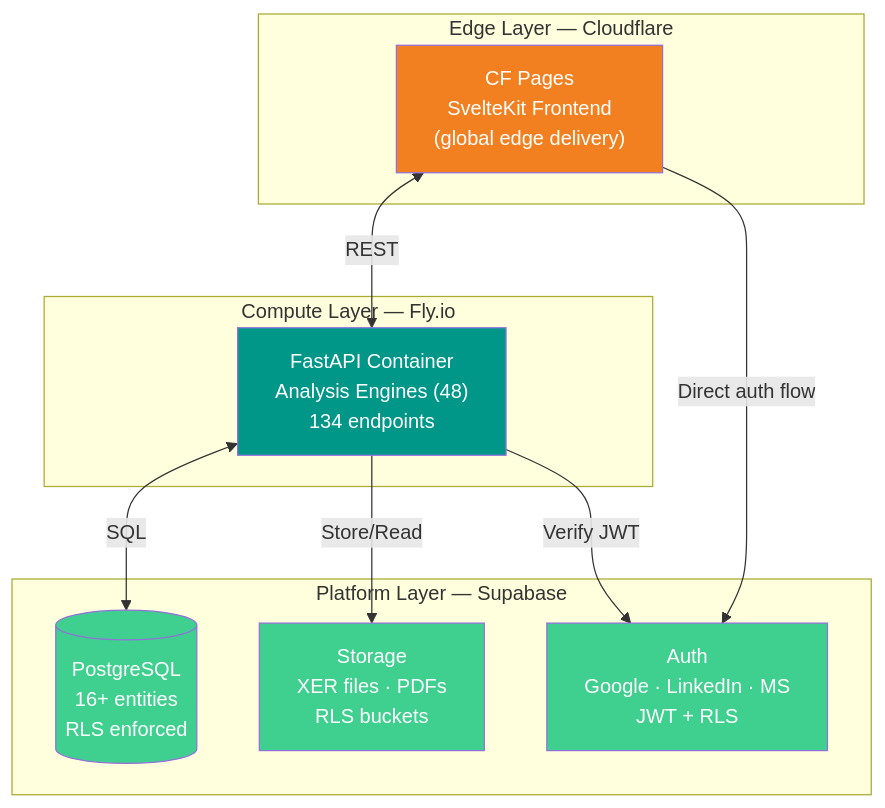
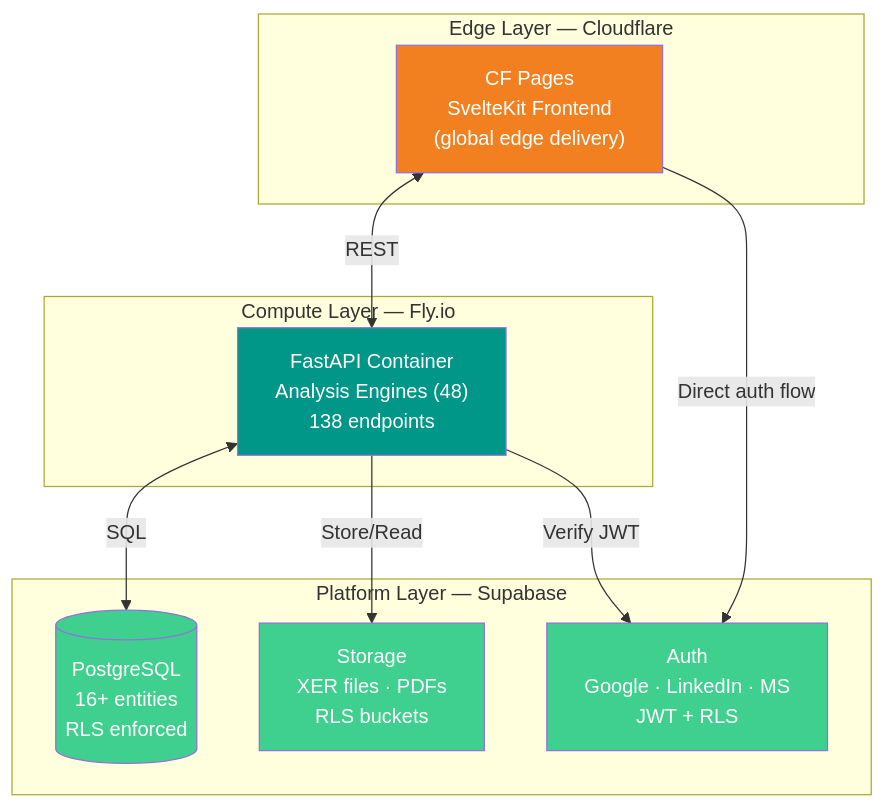
The first of 2 diagrams in README.md (VitorMRodovalho/meridianiq), drawn with Mermaid before and after one commit. The commit also changed other lines of this file and 45 other files, not shown here.

````diff
--- a/README.md
+++ b/README.md
@@ -116,28 +116,28 @@
 ```mermaid
 graph TB
     subgraph "Edge Layer — Cloudflare"
         CF_PAGES["CF Pages<br/>SvelteKit Frontend<br/>(global edge delivery)"]
     end
 
     subgraph "Compute Layer — Fly.io"
-        FASTAPI["FastAPI Container<br/>Analysis Engines (48)<br/>134 endpoints"]
+        FASTAPI["FastAPI Container<br/>Analysis Engines (48)<br/>138 endpoints"]
     end
 
     subgraph "Platform Layer — Supabase"
         AUTH["Auth<br/>Google · LinkedIn · MS<br/>JWT + RLS"]
         DB[("PostgreSQL<br/>16+ entities<br/>RLS enforced")]
         STORAGE["Storage<br/>XER files · PDFs<br/>RLS buckets"]
     end
 
     CF_PAGES <-->|"REST"| FASTAPI
     FASTAPI <-->|"SQL"| DB
     FASTAPI -->|"Store/Read"| STORAGE
     FASTAPI -->|"Verify JWT"| AUTH
     CF_PAGES -->|"Direct auth flow"| AUTH
 
     style CF_PAGES fill:#F38020,color:#fff
     style FASTAPI fill:#009688,color:#fff
     style DB fill:#3FCF8E,color:#fff
     style AUTH fill:#3FCF8E,color:#fff
     style STORAGE fill:#3FCF8E,color:#fff
 ```
````
